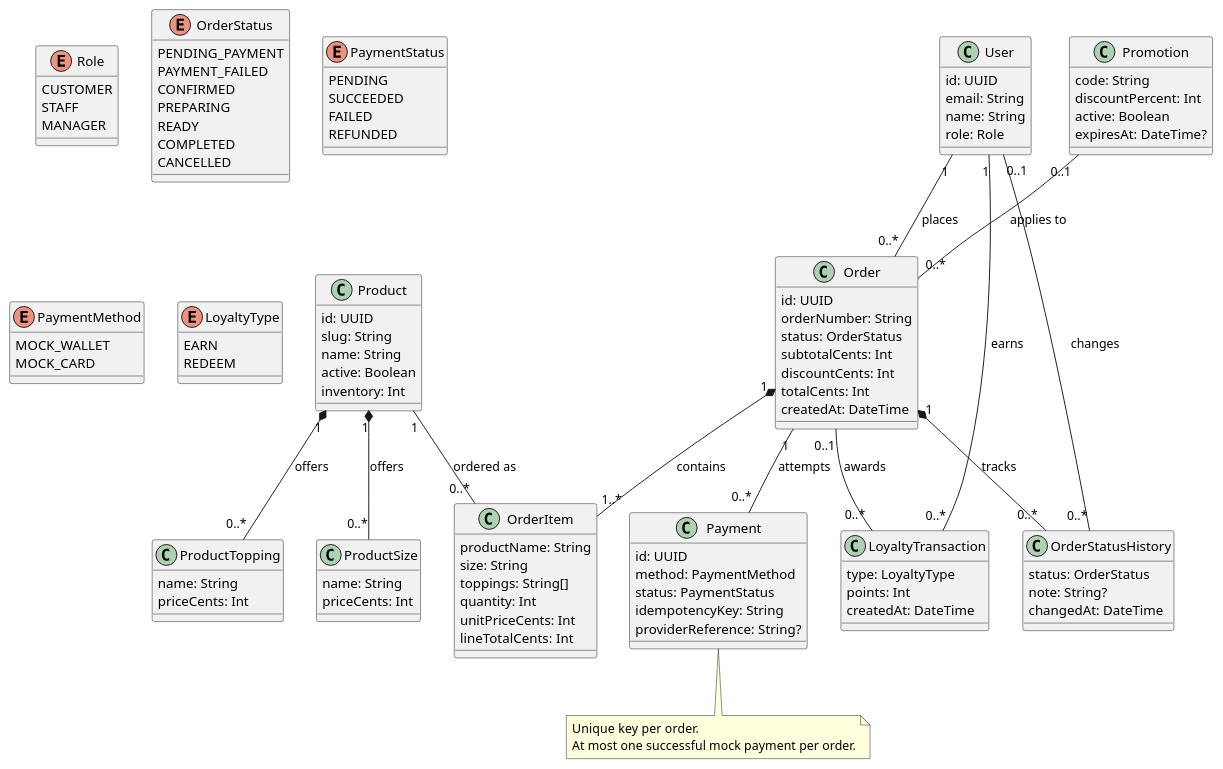
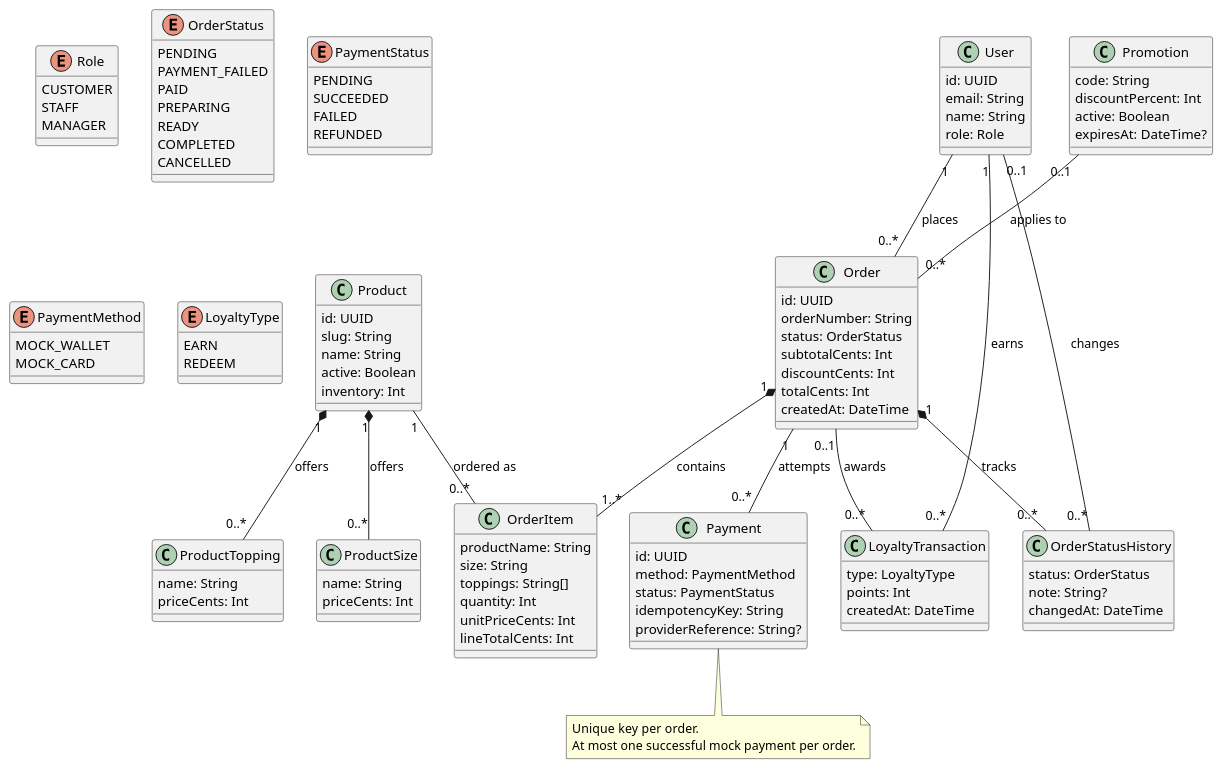
One commit to Myngoc09/assignment2_brewlite changed the diagram in docs/diagrams/class-domain.puml. Above: the diagram before and after it, drawn with PlantUML. The commit also changed 21 other files, not shown here.

```diff
--- a/docs/diagrams/class-domain.puml
+++ b/docs/diagrams/class-domain.puml
@@ -1,111 +1,111 @@
 @startuml
 skinparam classAttributeIconSize 0
 
 class User {
   id: UUID
   email: String
   name: String
   role: Role
 }
 class Product {
   id: UUID
   slug: String
   name: String
   active: Boolean
   inventory: Int
 }
 class ProductSize {
   name: String
   priceCents: Int
 }
 class ProductTopping {
   name: String
   priceCents: Int
 }
 class Order {
   id: UUID
   orderNumber: String
   status: OrderStatus
   subtotalCents: Int
   discountCents: Int
   totalCents: Int
   createdAt: DateTime
 }
 class OrderItem {
   productName: String
   size: String
   toppings: String[]
   quantity: Int
   unitPriceCents: Int
   lineTotalCents: Int
 }
 class Payment {
   id: UUID
   method: PaymentMethod
   status: PaymentStatus
   idempotencyKey: String
   providerReference: String?
 }
 class Promotion {
   code: String
   discountPercent: Int
   active: Boolean
   expiresAt: DateTime?
 }
 class LoyaltyTransaction {
   type: LoyaltyType
   points: Int
   createdAt: DateTime
 }
 class OrderStatusHistory {
   status: OrderStatus
   note: String?
   changedAt: DateTime
 }
 
 enum Role {
   CUSTOMER
   STAFF
   MANAGER
 }
 enum OrderStatus {
-  PENDING_PAYMENT
+  PENDING
   PAYMENT_FAILED
-  CONFIRMED
+  PAID
   PREPARING
   READY
   COMPLETED
   CANCELLED
 }
 enum PaymentStatus {
   PENDING
   SUCCEEDED
   FAILED
   REFUNDED
 }
 enum PaymentMethod {
   MOCK_WALLET
   MOCK_CARD
 }
 enum LoyaltyType {
   EARN
   REDEEM
 }
 
 User "1" -- "0..*" Order : places
 User "1" -- "0..*" LoyaltyTransaction : earns
 User "0..1" -- "0..*" OrderStatusHistory : changes
 Product "1" *-- "0..*" ProductSize : offers
 Product "1" *-- "0..*" ProductTopping : offers
 Product "1" -- "0..*" OrderItem : ordered as
 Order "1" *-- "1..*" OrderItem : contains
 Order "1" -- "0..*" Payment : attempts
 Order "1" *-- "0..*" OrderStatusHistory : tracks
 Order "0..1" -- "0..*" LoyaltyTransaction : awards
 Promotion "0..1" -- "0..*" Order : applies to
 
 note bottom of Payment
   Unique key per order.
   At most one successful mock payment per order.
 end note
 @enduml
```
